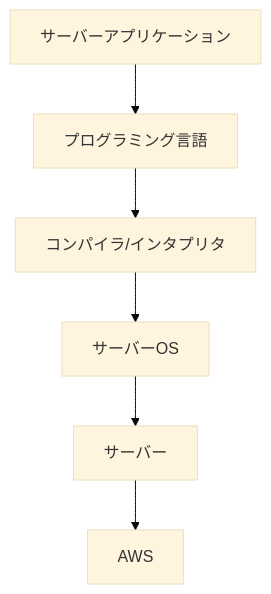
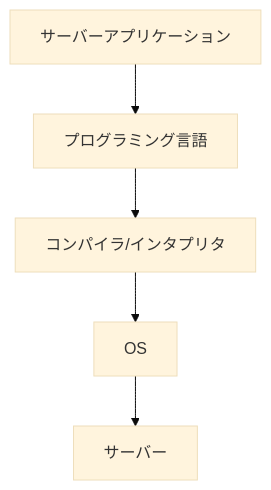
Before and after one commit to ichi-h/zenn: the first of 3 diagrams in articles/8e26df93acdeb8.md, drawn with Mermaid (base theme). The commit also changed other lines of this file and 1 other file, not shown here.

````diff
--- a/articles/8e26df93acdeb8.md
+++ b/articles/8e26df93acdeb8.md
@@ -114,11 +120,10 @@
 ```mermaid
 graph TB
-  AWS
   ServerApplication["サーバーアプリケーション"]
   ServerLanguage["プログラミング言語"]
   CompilerOrInterpreter["コンパイラ/インタプリタ"]
-  ServerOS["サーバーOS"]
+  ServerOS["OS"]
   ServerMachine["サーバー"]
 
-  ServerApplication --> ServerLanguage --> CompilerOrInterpreter --> ServerOS --> ServerMachine --> AWS
+  ServerApplication --> ServerLanguage --> CompilerOrInterpreter --> ServerOS --> ServerMachine
 ```
````
